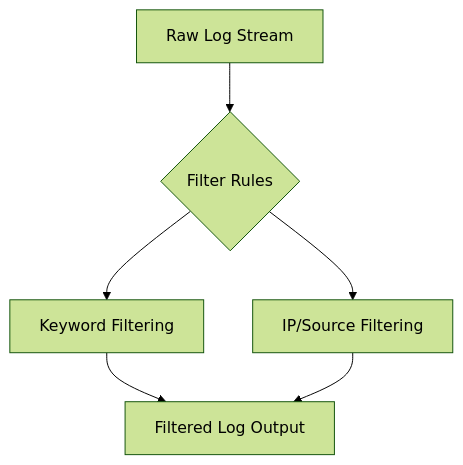
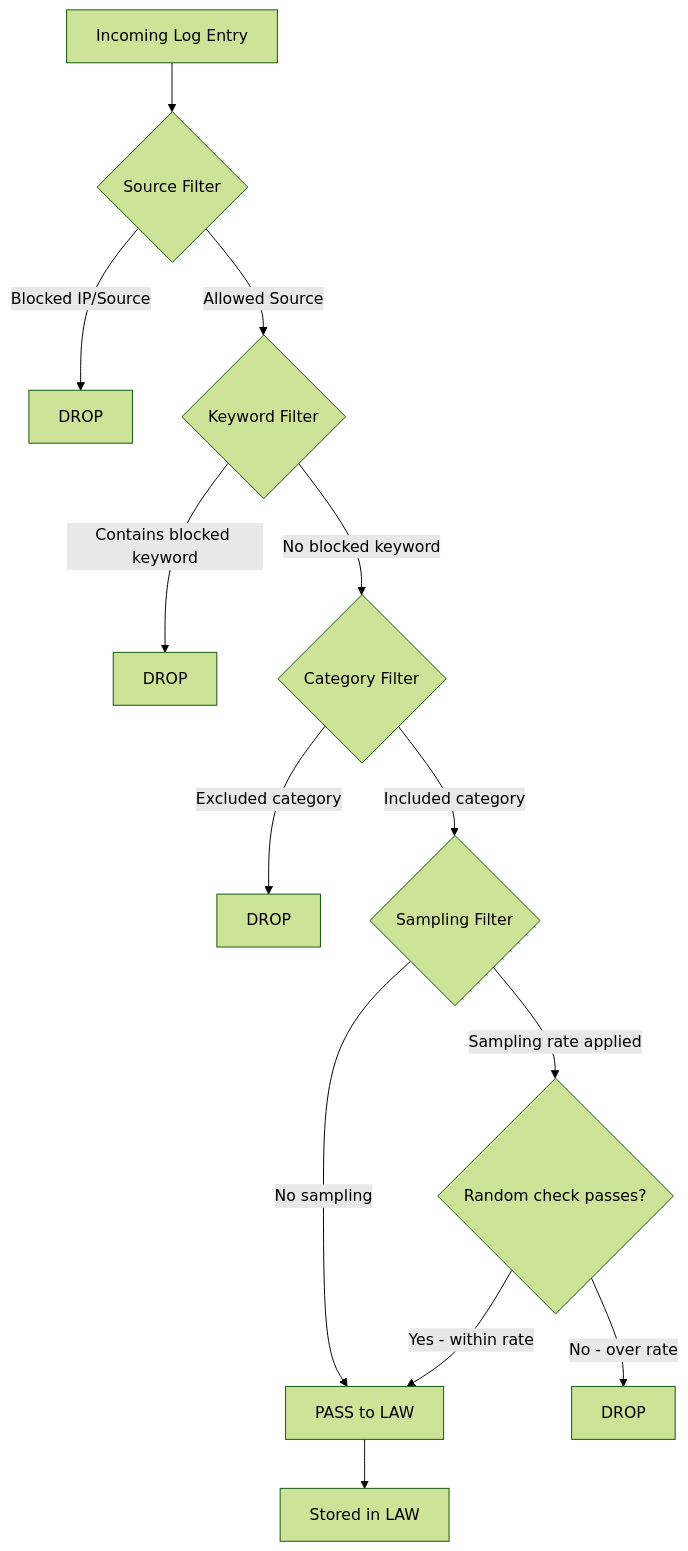
Diagram 17 of 21 in azure/projects/log-doctor-plan.md (chjcmy/study), drawn with Mermaid (forest theme) before and after one commit. The commit also changed other lines of this file and 1 other file, not shown here.

````diff
--- a/azure/projects/log-doctor-plan.md
+++ b/azure/projects/log-doctor-plan.md
@@ -262,8 +725,21 @@
 ```mermaid
 graph TD
-    A["Raw Log Stream"] --> B{"Filter Rules"}
-    B --> C["Keyword Filtering"]
-    B --> D["IP/Source Filtering"]
-    C --> E["Filtered Log Output"]
-    D --> E
+    A["Incoming Log Entry"] --> B{"Source Filter"}
+
+    B -- "Blocked IP/Source" --> DROP1["DROP"]
+    B -- "Allowed Source" --> C{"Keyword Filter"}
+
+    C -- "Contains blocked keyword" --> DROP2["DROP"]
+    C -- "No blocked keyword" --> D{"Category Filter"}
+
+    D -- "Excluded category" --> DROP3["DROP"]
+    D -- "Included category" --> E{"Sampling Filter"}
+
+    E -- "Sampling rate applied" --> F{"Random check passes?"}
+    E -- "No sampling" --> G["PASS to LAW"]
+
+    F -- "Yes - within rate" --> G
+    F -- "No - over rate" --> DROP4["DROP"]
+
+    G --> H["Stored in LAW"]
 ```
````
